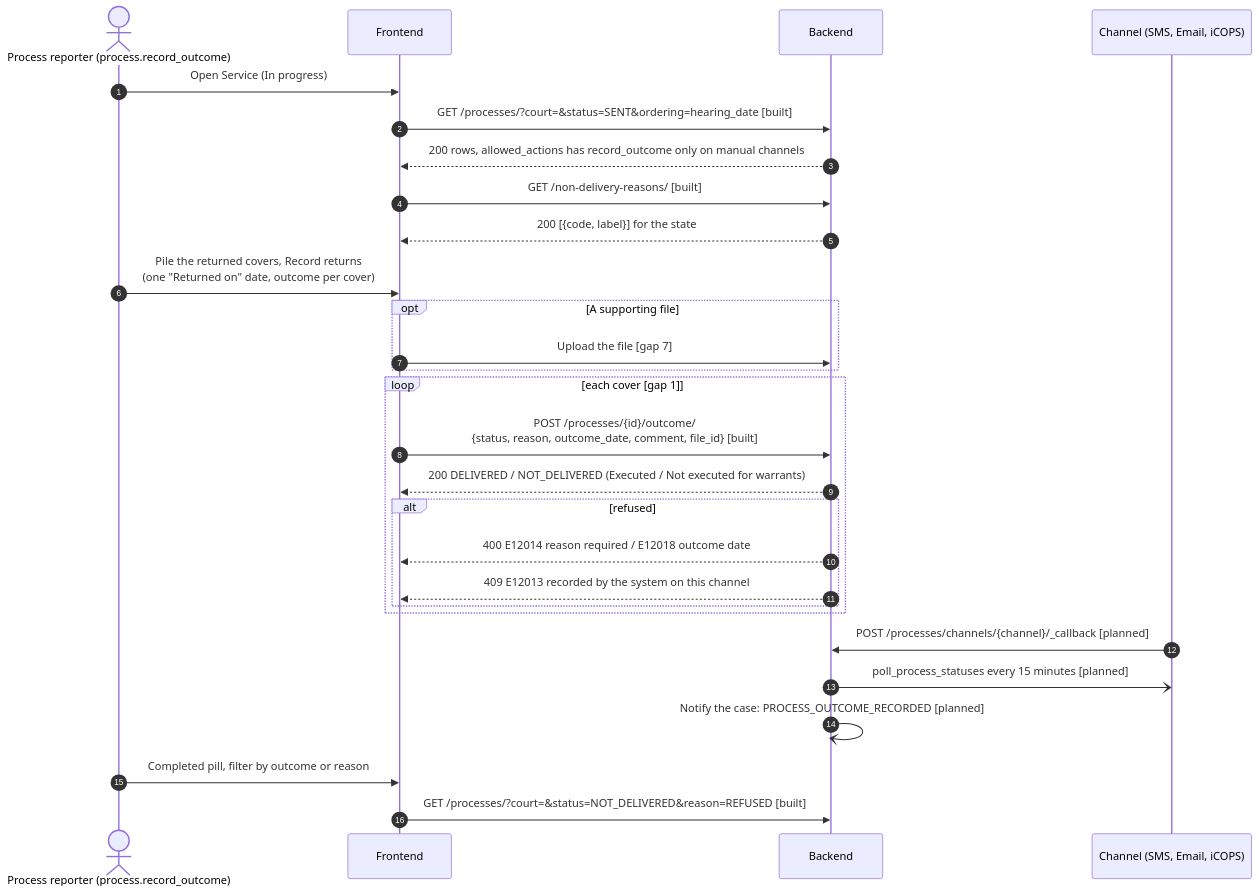
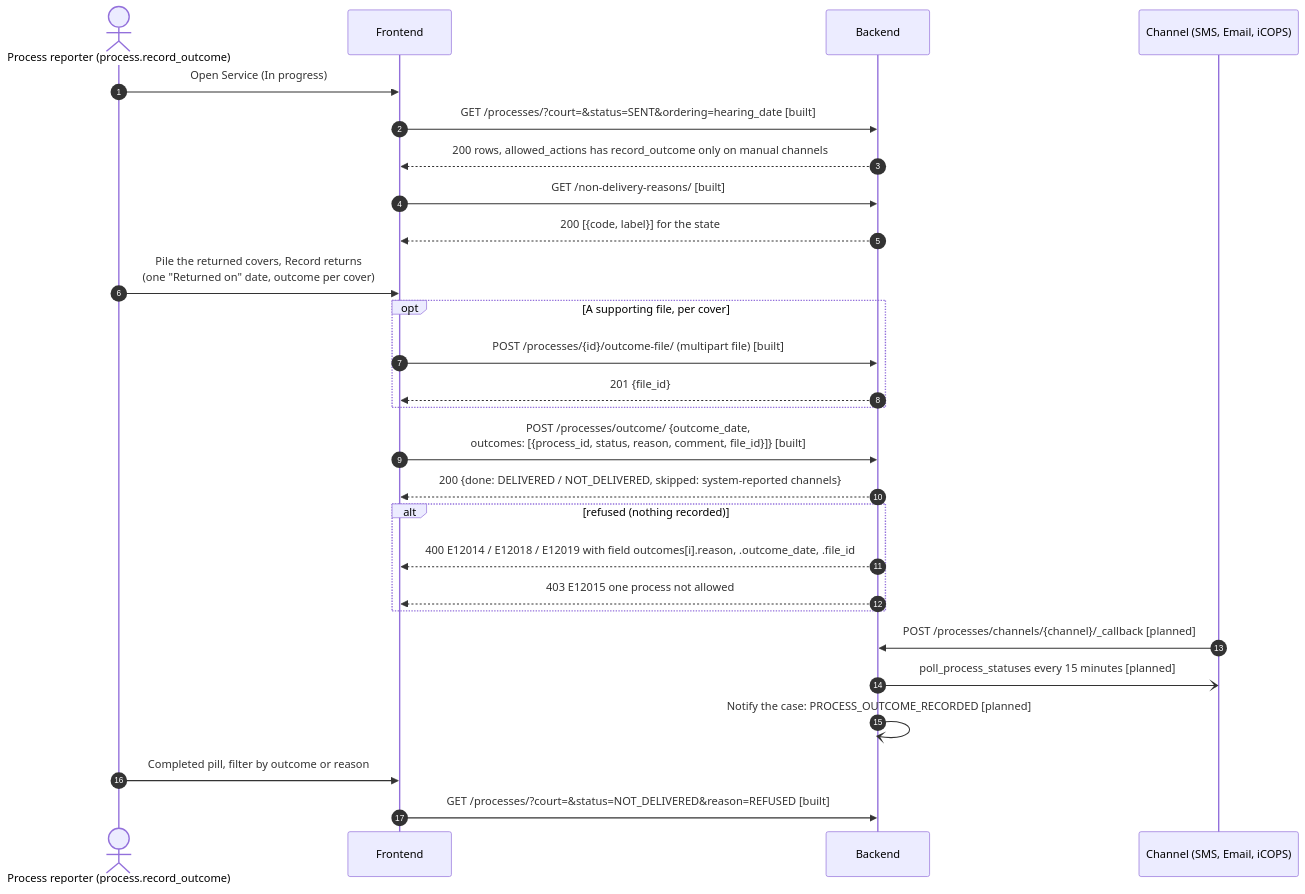
Before and after one commit to pucardotorg/dristi-be: the fifth of 7 diagrams in docs/sequence-diagrams/0028-processes/README.md, drawn with Mermaid. The commit also changed other lines of this file and 16 other files, not shown here.

````diff
--- a/docs/sequence-diagrams/0028-processes/README.md
+++ b/docs/sequence-diagrams/0028-processes/README.md
@@ -173,32 +169,31 @@
 ```mermaid
 sequenceDiagram
     autonumber
     actor R as Process reporter (process.record_outcome)
     participant FE as Frontend
     participant BE as Backend
     participant CH as Channel (SMS, Email, iCOPS)
 
     R->>FE: Open Service (In progress)
     FE->>BE: GET /processes/?court=&status=SENT&ordering=hearing_date [built]
     BE-->>FE: 200 rows, allowed_actions has record_outcome only on manual channels
     FE->>BE: GET /non-delivery-reasons/ [built]
     BE-->>FE: 200 [{code, label}] for the state
     R->>FE: Pile the returned covers, Record returns<br/>(one "Returned on" date, outcome per cover)
-    opt A supporting file
-        FE->>BE: Upload the file [gap 7]
+    opt A supporting file, per cover
+        FE->>BE: POST /processes/{id}/outcome-file/ (multipart file) [built]
+        BE-->>FE: 201 {file_id}
     end
-    loop each cover [gap 1]
-        FE->>BE: POST /processes/{id}/outcome/<br/>{status, reason, outcome_date, comment, file_id} [built]
-        BE-->>FE: 200 DELIVERED / NOT_DELIVERED (Executed / Not executed for warrants)
-        alt refused
-            BE-->>FE: 400 E12014 reason required / E12018 outcome date
-            BE-->>FE: 409 E12013 recorded by the system on this channel
-        end
+    FE->>BE: POST /processes/outcome/ {outcome_date,<br/>outcomes: [{process_id, status, reason, comment, file_id}]} [built]
+    BE-->>FE: 200 {done: DELIVERED / NOT_DELIVERED, skipped: system-reported channels}
+    alt refused (nothing recorded)
+        BE-->>FE: 400 E12014 / E12018 / E12019 with field outcomes[i].reason, .outcome_date, .file_id
+        BE-->>FE: 403 E12015 one process not allowed
     end
     CH->>BE: POST /processes/channels/{channel}/_callback [planned]
     BE-)CH: poll_process_statuses every 15 minutes [planned]
     BE-)BE: Notify the case: PROCESS_OUTCOME_RECORDED [planned]
 
     R->>FE: Completed pill, filter by outcome or reason
     FE->>BE: GET /processes/?court=&status=NOT_DELIVERED&reason=REFUSED [built]
 ```
````
